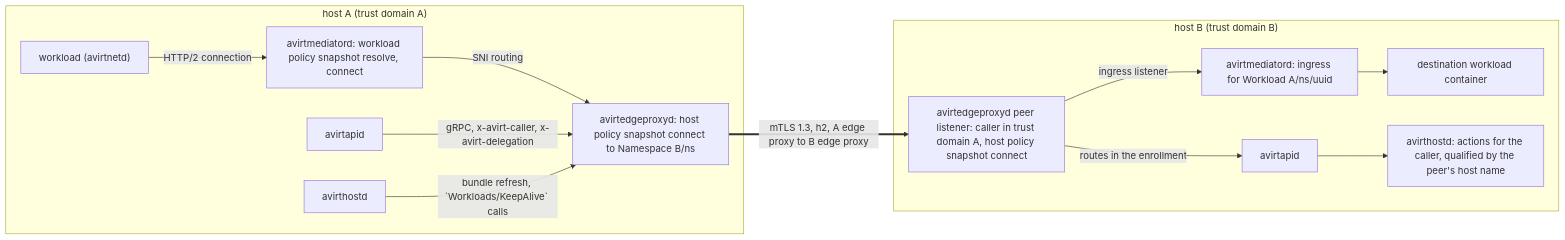
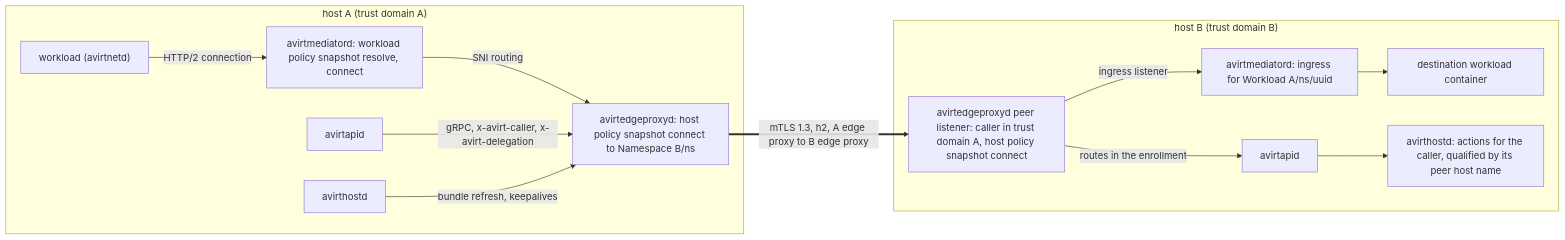
Before and after one commit to tbhb-dev/avirt: the second of 2 diagrams in docs/peering.md, drawn with Mermaid. The commit also changed other lines of this file and 31 other files, not shown here.

````diff
--- a/docs/peering.md
+++ b/docs/peering.md
@@ -231,19 +231,19 @@
 ```mermaid
 flowchart LR
     subgraph A["host A (trust domain A)"]
         wa["workload (avirtnetd)"] -->|"HTTP/2 connection"| mea["avirtmediatord: workload policy snapshot resolve, connect"]
         mea -->|"SNI routing"| fda["avirtedgeproxyd: host policy snapshot connect to Namespace B/ns"]
         pxa["avirtapid"] -->|"gRPC, x-avirt-caller, x-avirt-delegation"| fda
-        hda["avirthostd"] -->|"bundle refresh, `Workloads/KeepAlive` calls"| fda
+        hda["avirthostd"] -->|"bundle refresh, keepalives"| fda
     end
     subgraph B["host B (trust domain B)"]
         fdb["avirtedgeproxyd peer listener: caller in trust domain A, host policy snapshot connect"]
         meb["avirtmediatord: ingress for Workload A/ns/uuid"]
         wb["destination workload container"]
         pxb["avirtapid"]
-        hdb["avirthostd: actions for the caller, qualified by the peer's host name"]
+        hdb["avirthostd: actions for the caller, qualified by its peer host name"]
         fdb -->|"ingress listener"| meb --> wb
         fdb -->|"routes in the enrollment"| pxb --> hdb
     end
     fda ==>|"mTLS 1.3, h2, A edge proxy to B edge proxy"| fdb
 ```
````
